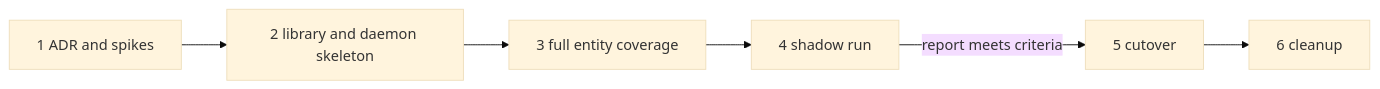
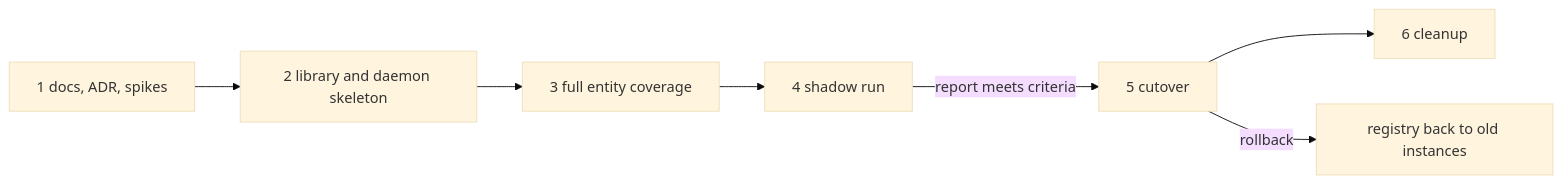
One commit to phillipgreenii/nix-agent-support changed the second of 2 diagrams in docs/superpowers/specs/2026-10-09-pg-connector-github-daemon-design.md. Above: the diagram before and after it, drawn with Mermaid (base theme). The commit also changed other lines of this file, not shown here.

First line of the commit message:
docs(pg-connector): revise github daemon design after three reviews

````diff
--- a/docs/superpowers/specs/2026-10-09-pg-connector-github-daemon-design.md
+++ b/docs/superpowers/specs/2026-10-09-pg-connector-github-daemon-design.md
@@ -451,8 +790,9 @@
 ```mermaid
 flowchart LR
-  p1["1 ADR and spikes"] --> p2["2 library and daemon skeleton"]
+  p1["1 docs, ADR, spikes"] --> p2["2 library and daemon skeleton"]
   p2 --> p3["3 full entity coverage"]
   p3 --> p4["4 shadow run"]
   p4 -->|"report meets criteria"| p5["5 cutover"]
   p5 --> p6["6 cleanup"]
+  p5 -->|"rollback"| p0["registry back to old instances"]
 ```
````
